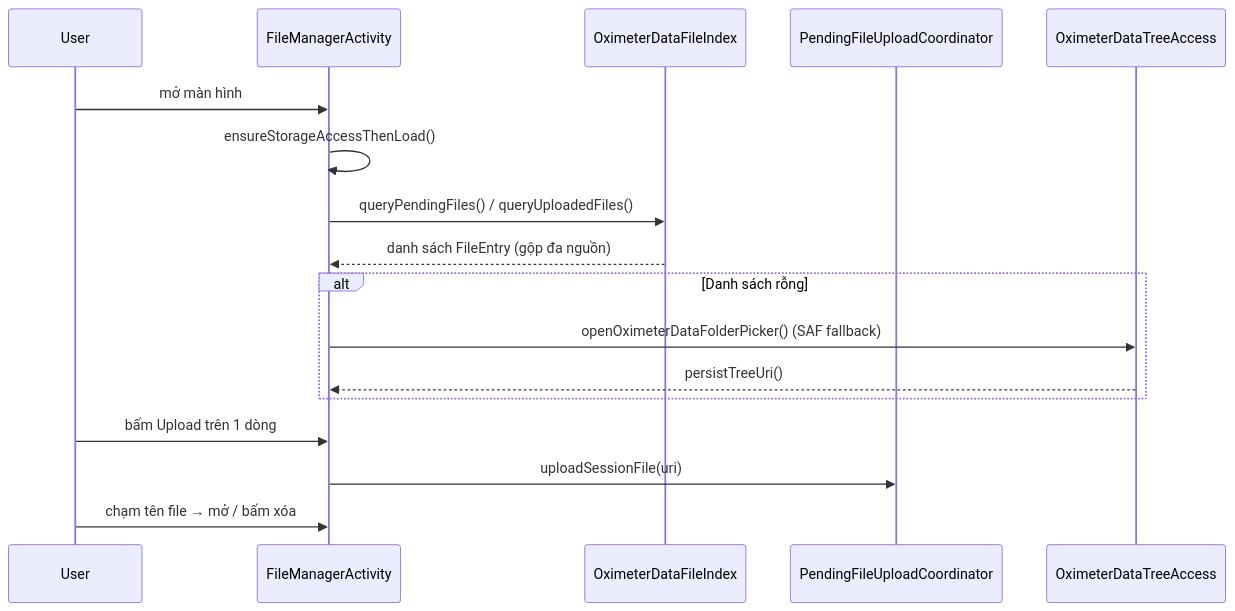
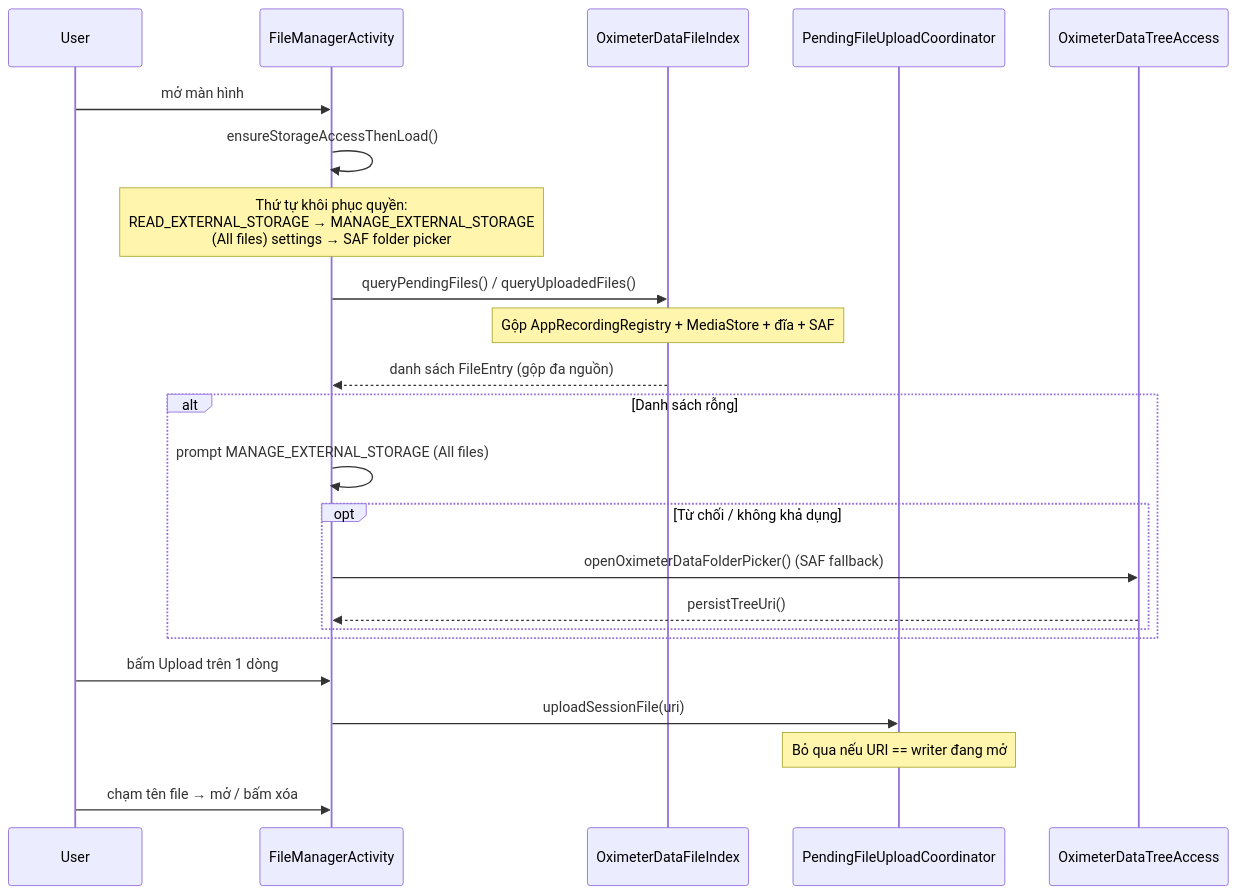
Before and after one commit to Oucru-Innovations/SmartCare-Capture: the diagram in docs/vi/2-architecture/flow-06-file-management.md, drawn with Mermaid. The commit also changed other lines of this file and 36 other files, not shown here.

````diff
--- a/docs/vi/2-architecture/flow-06-file-management.md
+++ b/docs/vi/2-architecture/flow-06-file-management.md
@@ -20,20 +23,26 @@
 ```mermaid
 sequenceDiagram
     participant U as User
     participant FMA as FileManagerActivity
     participant IDX as OximeterDataFileIndex
     participant COORD as PendingFileUploadCoordinator
     participant SAF as OximeterDataTreeAccess
 
     U->>FMA: mở màn hình
     FMA->>FMA: ensureStorageAccessThenLoad()
+    Note over FMA: Thứ tự khôi phục quyền:<br/>READ_EXTERNAL_STORAGE → MANAGE_EXTERNAL_STORAGE<br/>(All files) settings → SAF folder picker
     FMA->>IDX: queryPendingFiles() / queryUploadedFiles()
+    Note over IDX: Gộp AppRecordingRegistry + MediaStore + đĩa + SAF
     IDX-->>FMA: danh sách FileEntry (gộp đa nguồn)
     alt Danh sách rỗng
-        FMA->>SAF: openOximeterDataFolderPicker() (SAF fallback)
-        SAF-->>FMA: persistTreeUri()
+        FMA->>FMA: prompt MANAGE_EXTERNAL_STORAGE (All files)
+        opt Từ chối / không khả dụng
+            FMA->>SAF: openOximeterDataFolderPicker() (SAF fallback)
+            SAF-->>FMA: persistTreeUri()
+        end
     end
     U->>FMA: bấm Upload trên 1 dòng
     FMA->>COORD: uploadSessionFile(uri)
+    Note over COORD: Bỏ qua nếu URI == writer đang mở
     U->>FMA: chạm tên file → mở / bấm xóa
 ```
````
